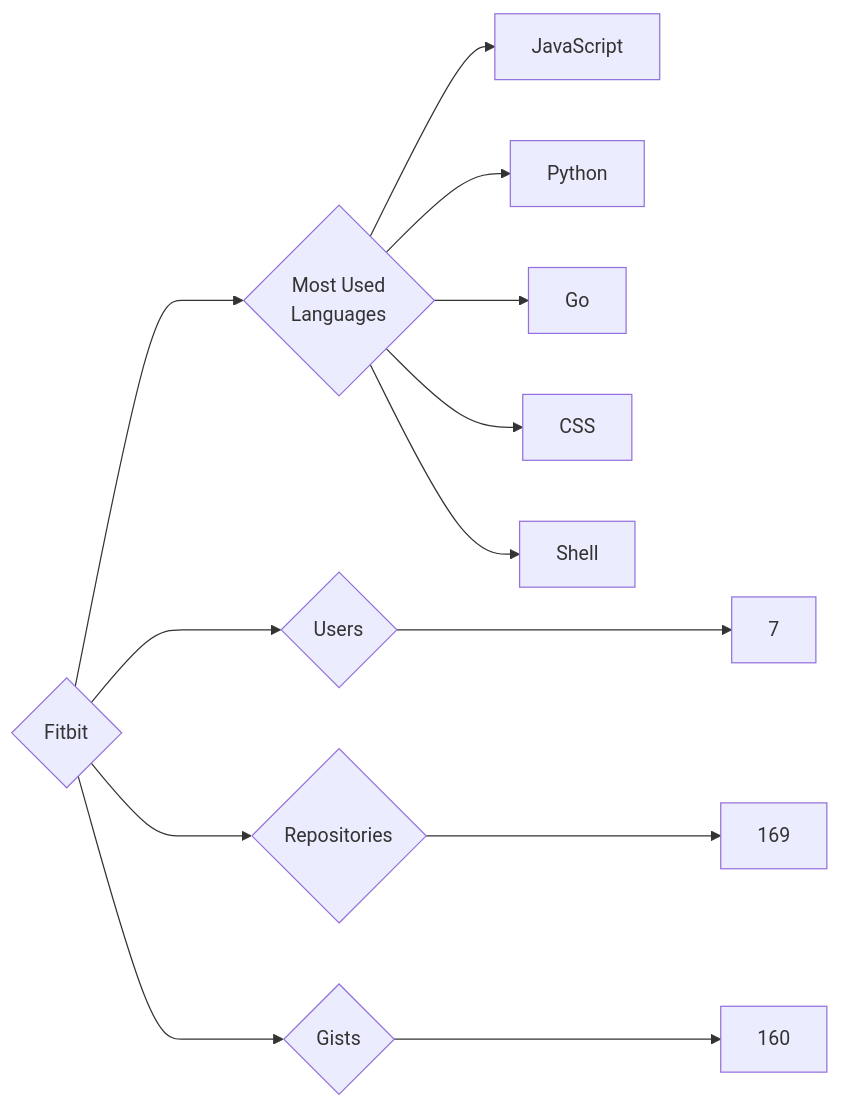
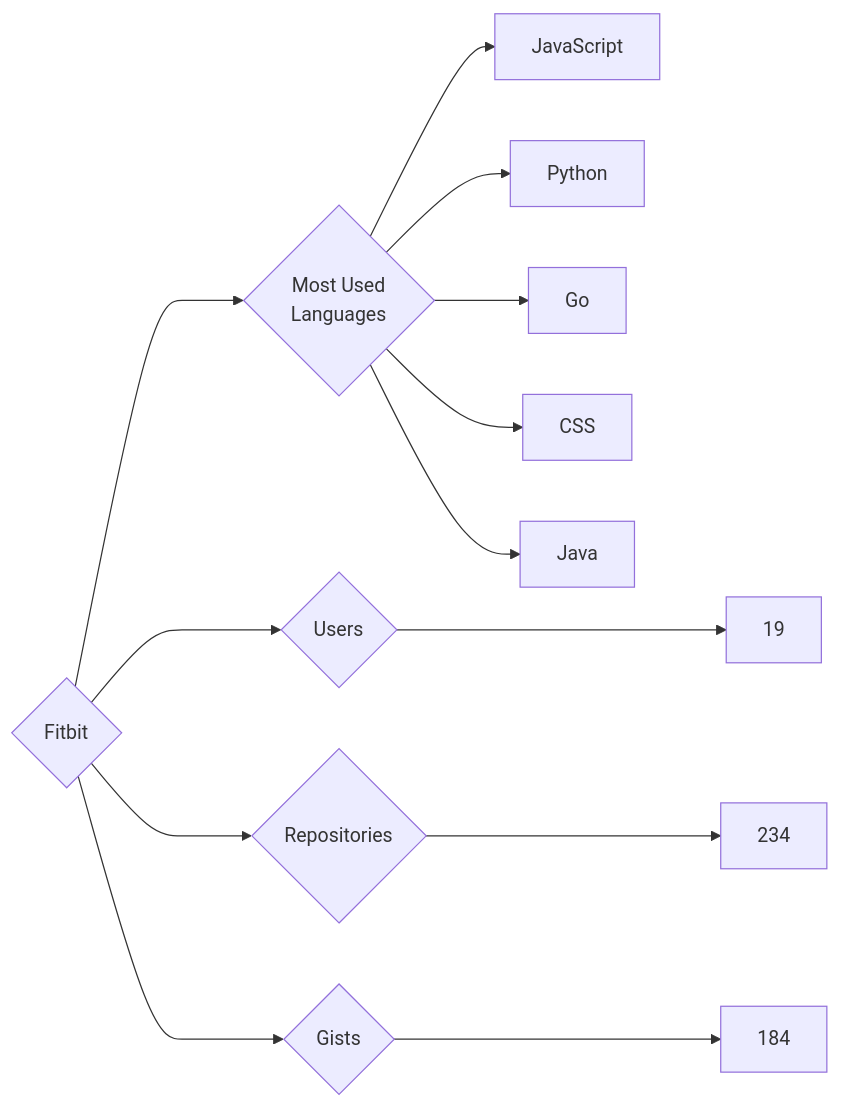
One commit to trickest/insiders changed the diagram in targets/Fitbit/README.md. Above: the diagram before and after it, drawn with Mermaid. The commit also changed 610 other files, not shown here.

````diff
--- a/targets/Fitbit/README.md
+++ b/targets/Fitbit/README.md
@@ -3,13 +3,13 @@
 ```mermaid
 graph LR
 COMPANY_NAME{Fitbit}
-COMPANY_NAME ---> U{Users} ---> UN[7]
-COMPANY_NAME ---> R{Repositories} ---> RN[169]
-COMPANY_NAME ---> G{Gists} ---> GN[160]
+COMPANY_NAME ---> U{Users} ---> UN[19]
+COMPANY_NAME ---> R{Repositories} ---> RN[234]
+COMPANY_NAME ---> G{Gists} ---> GN[184]
 COMPANY_NAME ---> ML{Most Used<br>Languages}
 ML --> JavaScript[JavaScript]
 ML --> Python[Python]
 ML --> Go[Go]
 ML --> CSS[CSS]
-ML --> Shell[Shell]
+ML --> Java[Java]
 ```
````
